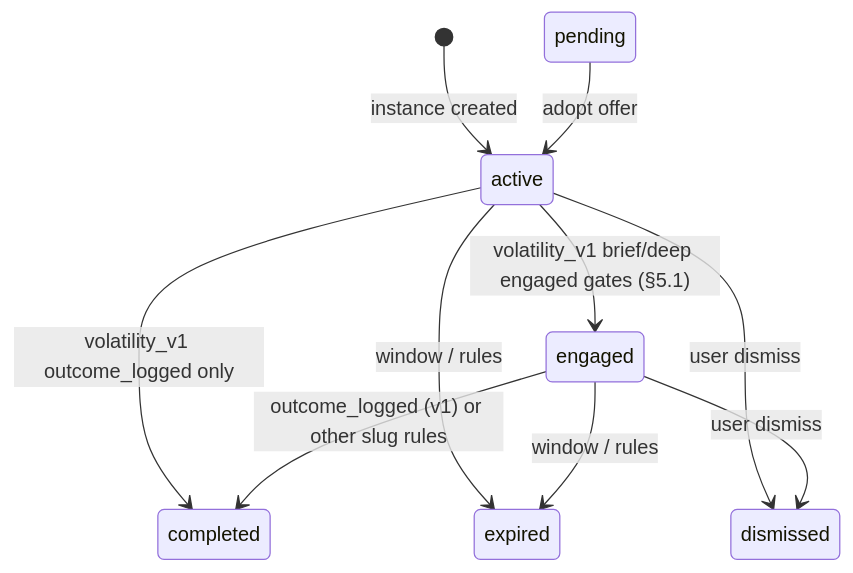
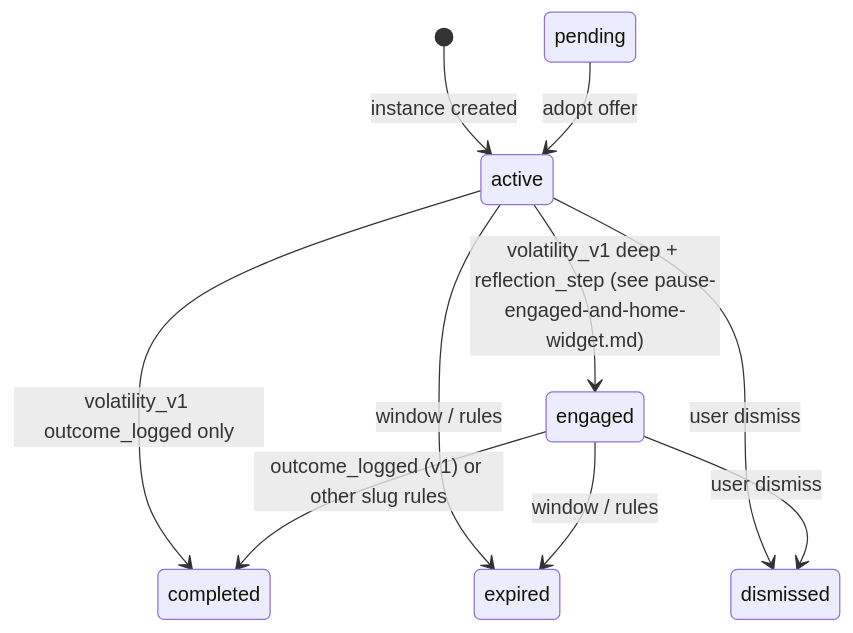
The diagram in docs/systems/pause-system.md (Angelguirao/holzen), drawn with Mermaid before and after one commit. The commit also changed other lines of this file and 15 other files, not shown here.

First line of the commit message:
feat(pause): engaged requires reflection_step; add canonical doc

````diff
--- a/docs/systems/pause-system.md
+++ b/docs/systems/pause-system.md
@@ -62,12 +64,12 @@
 ```mermaid
 stateDiagram-v2
   [*] --> active: instance created
-  active --> engaged: volatility_v1 brief/deep engaged gates (§5.1)
+  active --> engaged: volatility_v1 deep + reflection_step (see pause-engaged-and-home-widget.md)
   active --> completed: volatility_v1 outcome_logged only
   engaged --> completed: outcome_logged (v1) or other slug rules
   active --> expired: window / rules
   engaged --> expired: window / rules
   active --> dismissed: user dismiss
   engaged --> dismissed: user dismiss
   pending --> active: adopt offer
 ```
````
